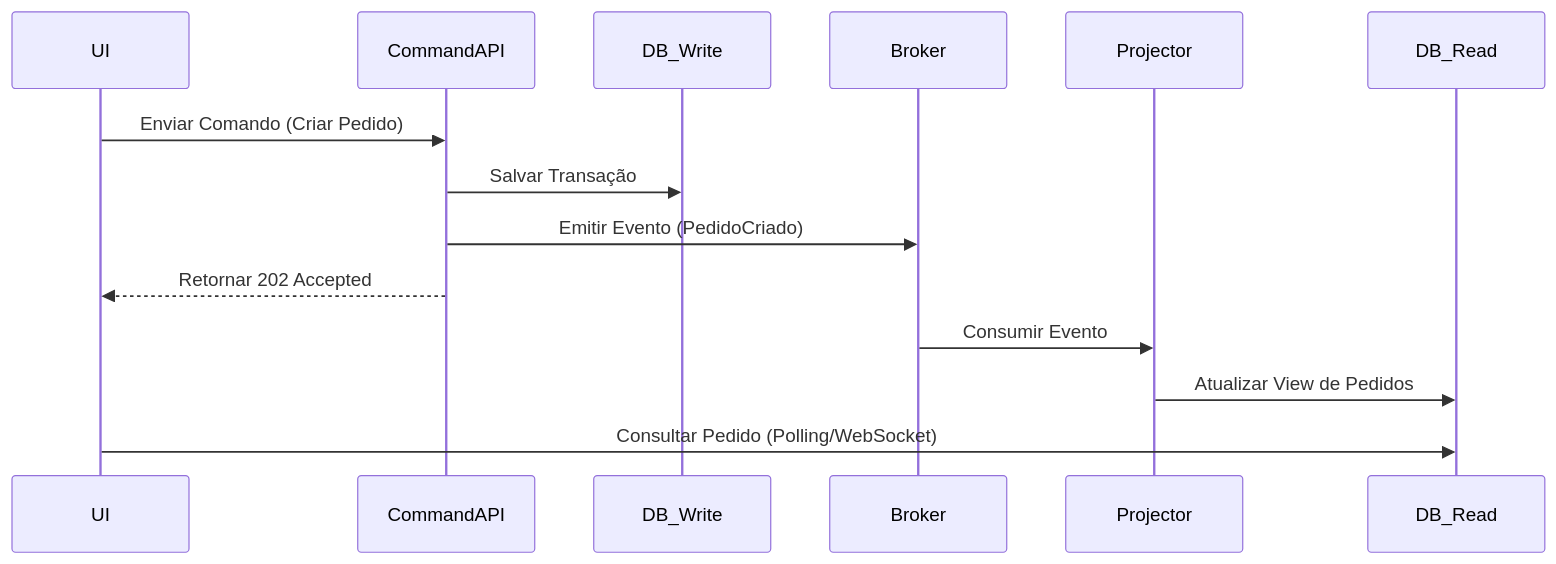
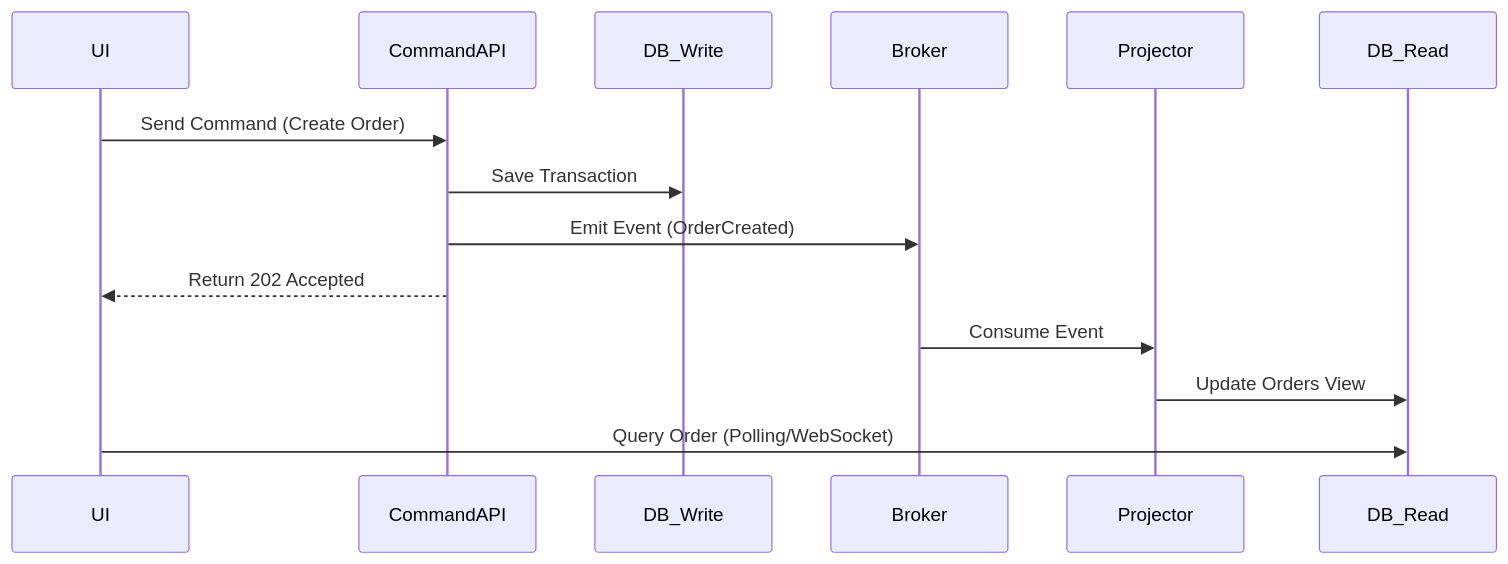
The diagram in architecture/references/cqrs-and-events.md (KlebersonCollab/skills), drawn with Mermaid before and after one commit. The commit also changed other lines of this file and 242 other files, not shown here.

````diff
--- a/architecture/references/cqrs-and-events.md
+++ b/architecture/references/cqrs-and-events.md
@@ -48,19 +48,19 @@
 ```mermaid
 sequenceDiagram
     participant UI
     participant CommandAPI
     participant DB_Write
     participant Broker
     participant Projector
     participant DB_Read
 
-    UI->>CommandAPI: Enviar Comando (Criar Pedido)
-    CommandAPI->>DB_Write: Salvar Transação
-    CommandAPI->>Broker: Emitir Evento (PedidoCriado)
-    CommandAPI-->>UI: Retornar 202 Accepted
+    UI->>CommandAPI: Send Command (Create Order)
+    CommandAPI->>DB_Write: Save Transaction
+    CommandAPI->>Broker: Emit Event (OrderCreated)
+    CommandAPI-->>UI: Return 202 Accepted
     
-    Broker->>Projector: Consumir Evento
-    Projector->>DB_Read: Atualizar View de Pedidos
+    Broker->>Projector: Consume Event
+    Projector->>DB_Read: Update Orders View
     
-    UI->>DB_Read: Consultar Pedido (Polling/WebSocket)
+    UI->>DB_Read: Query Order (Polling/WebSocket)
 ```
````
